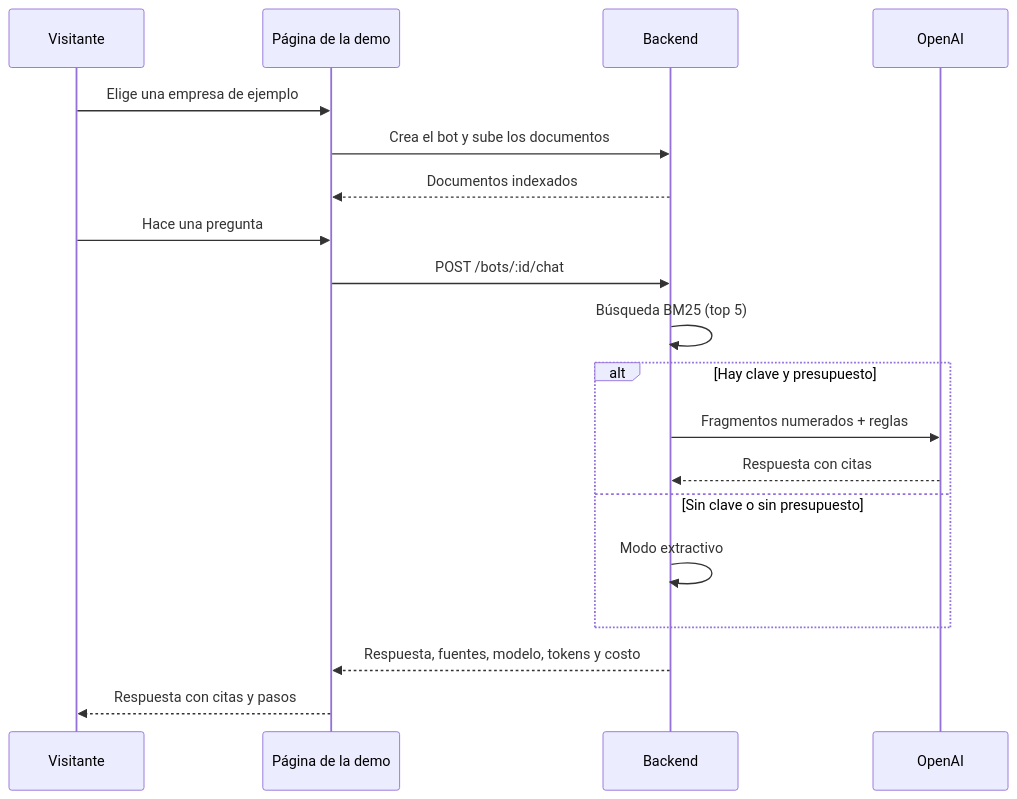
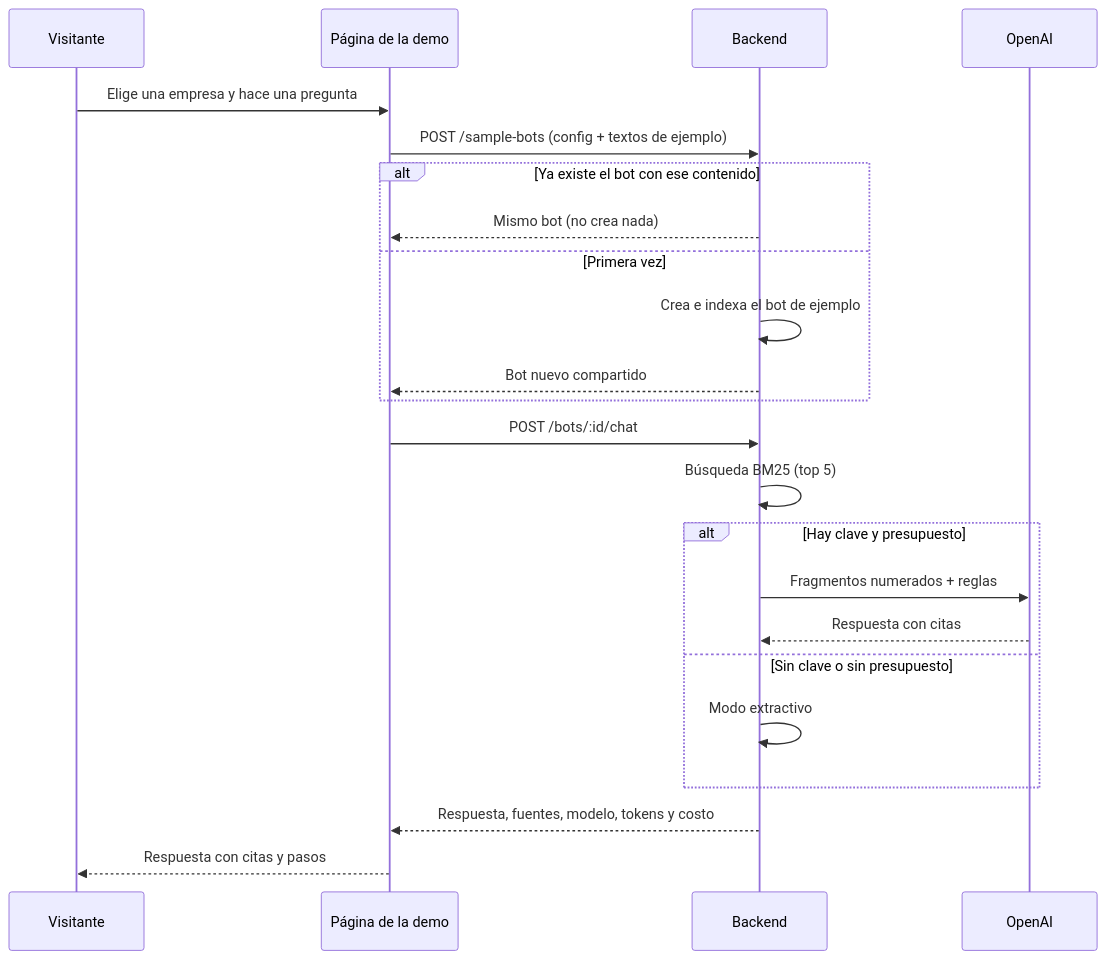
The diagram in docs/wiki/Guia-Demo-chatbot.md (ronalc90/koptup), drawn with Mermaid before and after one commit. The commit also changed other lines of this file and 41 other files, not shown here.

````diff
--- a/docs/wiki/Guia-Demo-chatbot.md
+++ b/docs/wiki/Guia-Demo-chatbot.md
@@ -187,21 +217,25 @@
 ```mermaid
 sequenceDiagram
     participant V as Visitante
     participant W as Página de la demo
     participant B as Backend
     participant O as OpenAI
-    V->>W: Elige una empresa de ejemplo
-    W->>B: Crea el bot y sube los documentos
-    B-->>W: Documentos indexados
-    V->>W: Hace una pregunta
+    V->>W: Elige una empresa y hace una pregunta
+    W->>B: POST /sample-bots (config + textos de ejemplo)
+    alt Ya existe el bot con ese contenido
+        B-->>W: Mismo bot (no crea nada)
+    else Primera vez
+        B->>B: Crea e indexa el bot de ejemplo
+        B-->>W: Bot nuevo compartido
+    end
     W->>B: POST /bots/:id/chat
     B->>B: Búsqueda BM25 (top 5)
     alt Hay clave y presupuesto
         B->>O: Fragmentos numerados + reglas
         O-->>B: Respuesta con citas
     else Sin clave o sin presupuesto
         B->>B: Modo extractivo
     end
     B-->>W: Respuesta, fuentes, modelo, tokens y costo
     W-->>V: Respuesta con citas y pasos
 ```
````
